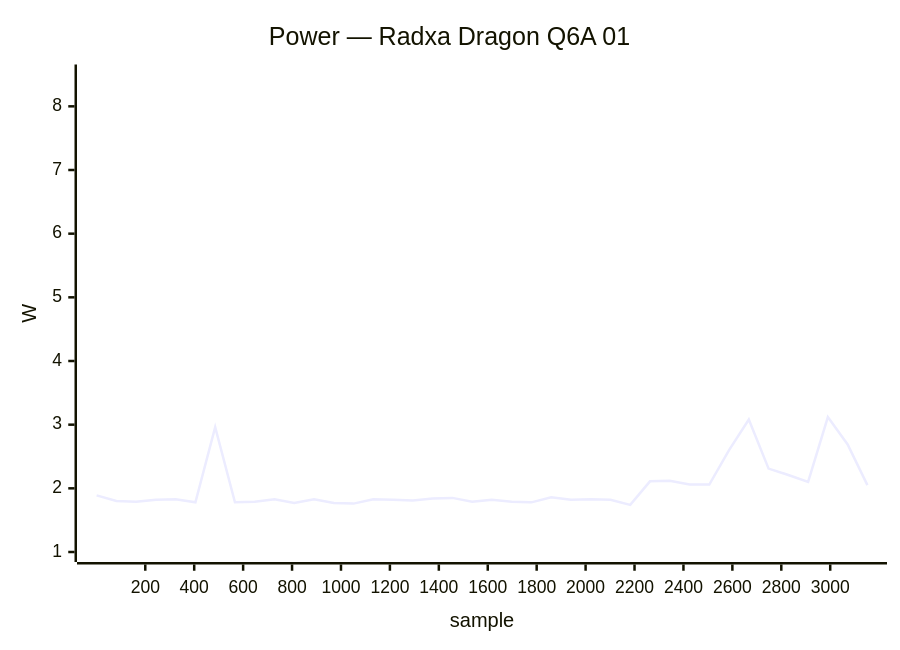
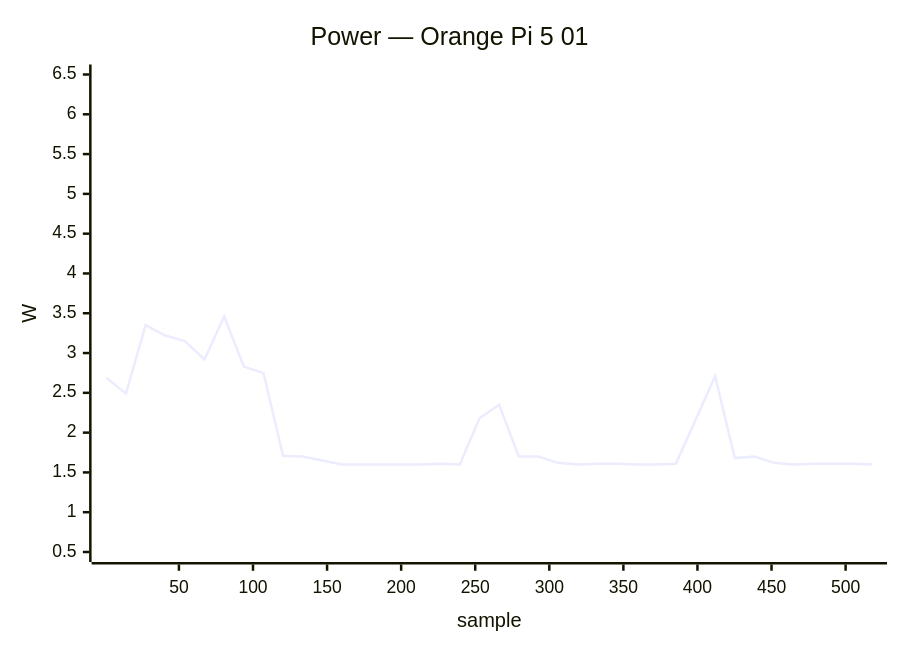
One commit to armbian/documentation changed the fourth of 40 diagrams in docs/status/board-tests.md. Above: the diagram before and after it, drawn with Mermaid. The commit also changed other lines of this file, not shown here.

````diff
--- a/docs/status/board-tests.md
+++ b/docs/status/board-tests.md
@@ -153,7 +163,7 @@
 ```mermaid
 xychart-beta
-    title "Power — Radxa Dragon Q6A 01"
-    x-axis "sample" 1 --> 3152
-    y-axis "W" 1.0 --> 8.5
-    line [1.89, 1.80, 1.79, 1.82, 1.83, 1.78, 2.96, 1.78, 1.79, 1.83, 1.77, 1.83, 1.77, 1.76, 1.83, 1.82, 1.81, 1.84, 1.85, 1.79, 1.82, 1.79, 1.78, 1.86, 1.82, 1.83, 1.82, 1.74, 2.11, 2.12, 2.06, 2.06, 2.60, 3.08, 2.31, 2.21, 2.10, 3.12, 2.69, 2.05]
+    title "Power — Orange Pi 5 01"
+    x-axis "sample" 1 --> 518
+    y-axis "W" 0.5 --> 6.5
+    line [2.69, 2.49, 3.35, 3.22, 3.15, 2.92, 3.46, 2.83, 2.75, 1.71, 1.70, 1.65, 1.60, 1.60, 1.60, 1.60, 1.60, 1.61, 1.60, 2.18, 2.35, 1.70, 1.70, 1.62, 1.60, 1.61, 1.61, 1.60, 1.60, 1.61, 2.16, 2.71, 1.68, 1.70, 1.62, 1.60, 1.61, 1.61, 1.61, 1.60]
 ```
````
